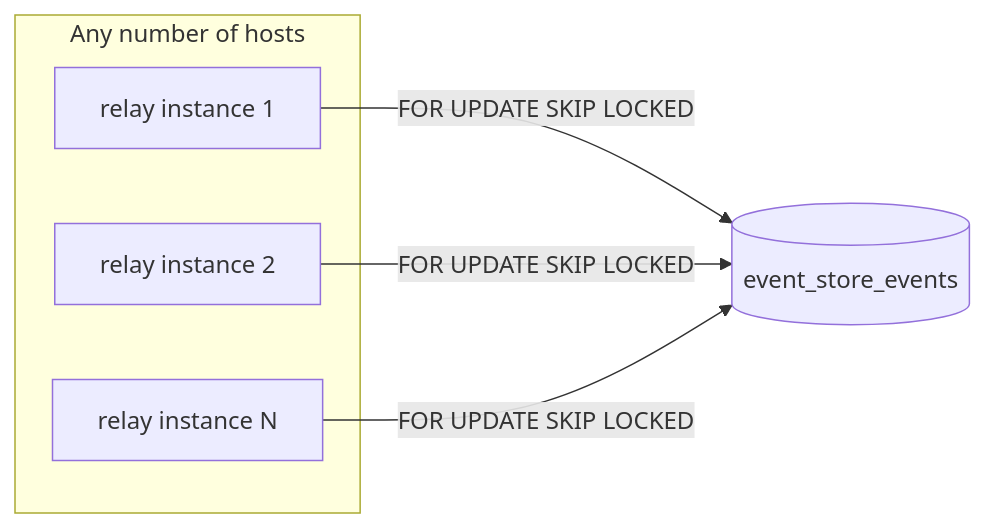
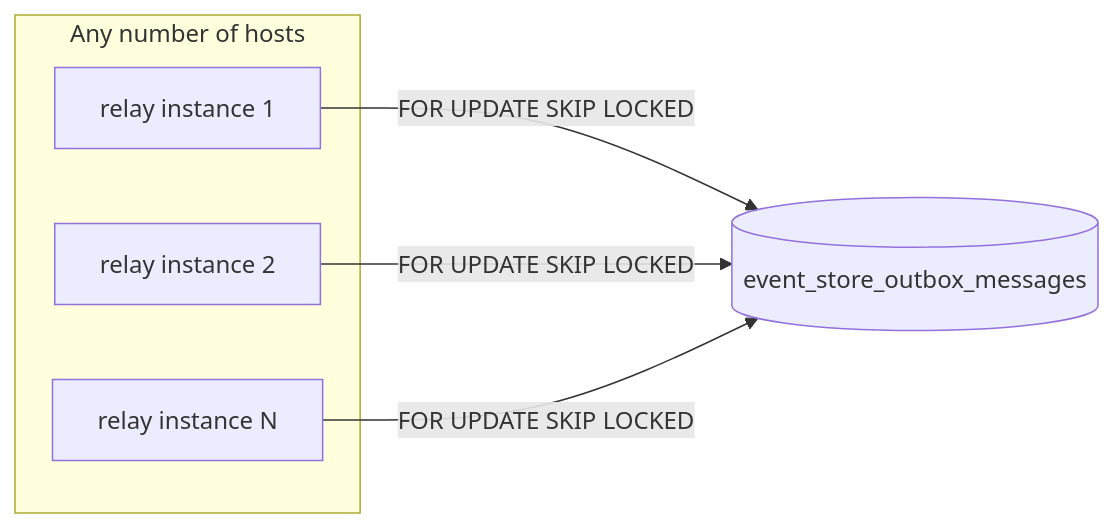
One commit to RailsEventStore/rails_event_store changed the fourth of 4 diagrams in railseventstore.org/docs/advanced-topics/outbox-relay.md. Above: the diagram before and after it, drawn with Mermaid. The commit also changed other lines of this file and 36 other files, not shown here.

````diff
--- a/railseventstore.org/docs/advanced-topics/outbox-relay.md
+++ b/railseventstore.org/docs/advanced-topics/outbox-relay.md
@@ -193,12 +246,12 @@
 ```mermaid
 flowchart LR
     subgraph hosts [Any number of hosts]
         R1[relay instance 1]
         R2[relay instance 2]
         R3[relay instance N]
     end
-    DB[(event_store_events)]
+    DB[(event_store_outbox_messages)]
     R1 -- "FOR UPDATE SKIP LOCKED" --> DB
     R2 -- "FOR UPDATE SKIP LOCKED" --> DB
     R3 -- "FOR UPDATE SKIP LOCKED" --> DB
 ```
````
